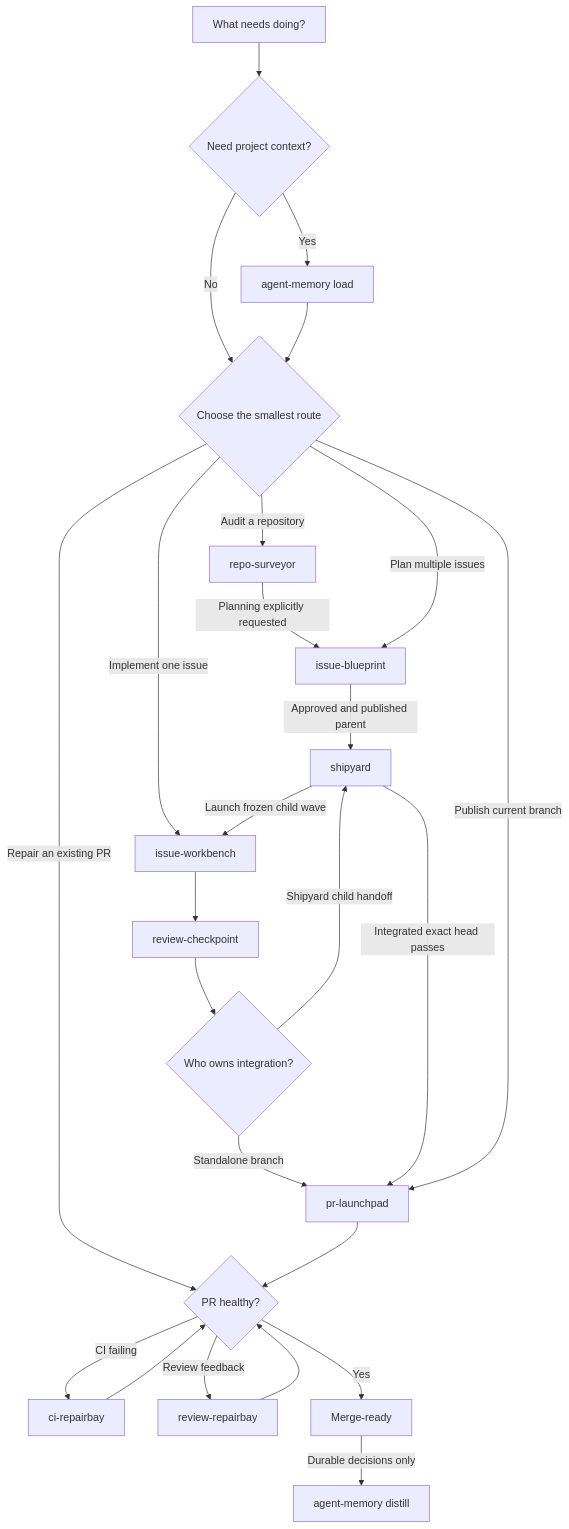
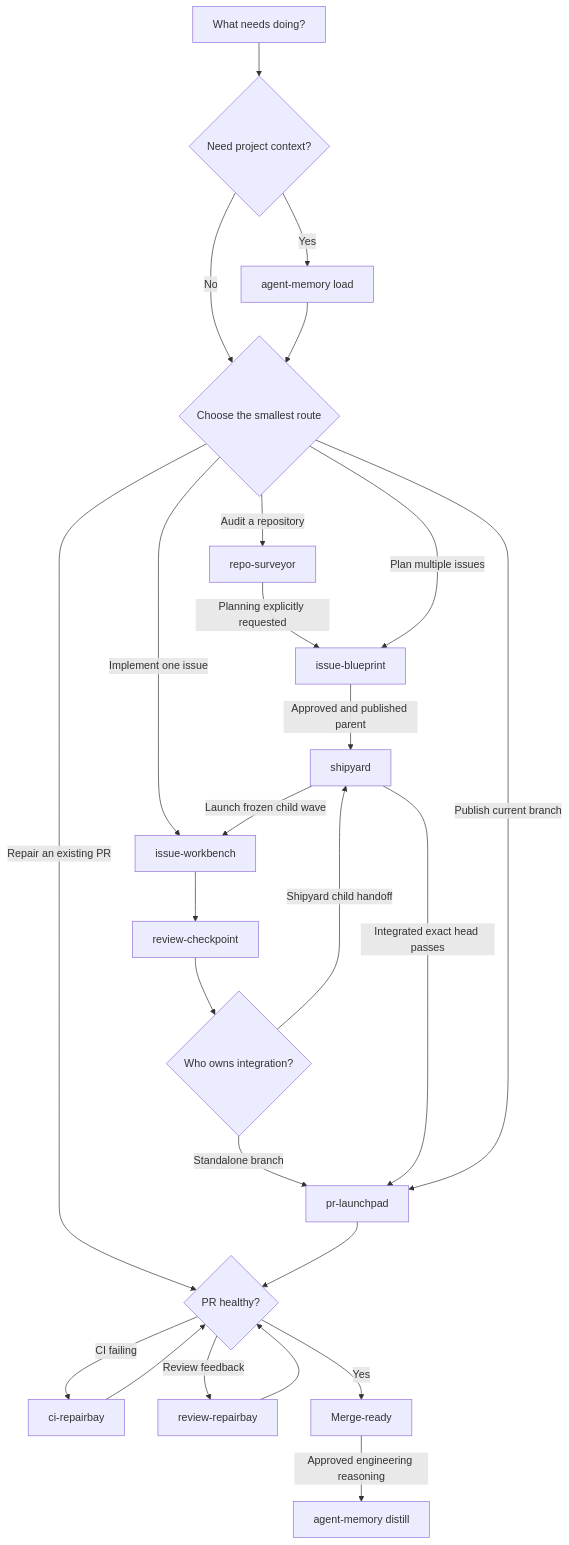
Before and after one commit to HenryQW/skills: the diagram in README.md, drawn with Mermaid. The commit also changed other lines of this file and 2 other files, not shown here.

First line of the commit message:
refactor(agent-memory): clarify distill scope for engineering rationale

````diff
--- a/README.md
+++ b/README.md
@@ -22,27 +22,27 @@
 ```mermaid
 flowchart TD
   request["What needs doing?"] --> context{"Need project context?"}
   context -->|Yes| load["agent-memory load"]
   context -->|No| route{"Choose the smallest route"}
   load --> route
   route -->|Audit a repository| survey["repo-surveyor"]
   survey -->|Planning explicitly requested| blueprint["issue-blueprint"]
   route -->|Plan multiple issues| blueprint
   blueprint -->|Approved and published parent| shipyard["shipyard"]
   route -->|Implement one issue| workbench["issue-workbench"]
   shipyard -->|Launch frozen child wave| workbench
   workbench --> checkpoint["review-checkpoint"]
   checkpoint --> owner{"Who owns integration?"}
   owner -->|Standalone branch| launch["pr-launchpad"]
   owner -->|Shipyard child handoff| shipyard
   shipyard -->|Integrated exact head passes| launch
   route -->|Publish current branch| launch
   route -->|Repair an existing PR| health
   launch --> health
   health{"PR healthy?"} -->|CI failing| ci["ci-repairbay"]
   ci --> health
   health -->|Review feedback| repair["review-repairbay"]
   repair --> health
   health -->|Yes| done["Merge-ready"]
-  done -->|Durable decisions only| distill["agent-memory distill"]
+  done -->|Approved engineering reasoning| distill["agent-memory distill"]
 ```
````
